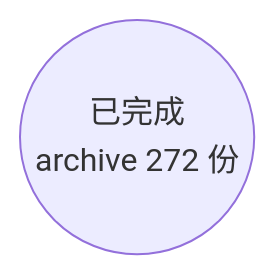
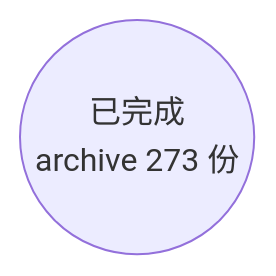
The diagram in docs/specs/dependency-graph.md (Halckon/Koven), drawn with Mermaid before and after one commit. The commit also changed other lines of this file and 11 other files, not shown here.

````diff
--- a/docs/specs/dependency-graph.md
+++ b/docs/specs/dependency-graph.md
@@ -9,4 +9,4 @@
 ```mermaid
 flowchart TD
-ARCH(("已完成<br/>archive 272 份"))
+ARCH(("已完成<br/>archive 273 份"))
 ```
````
